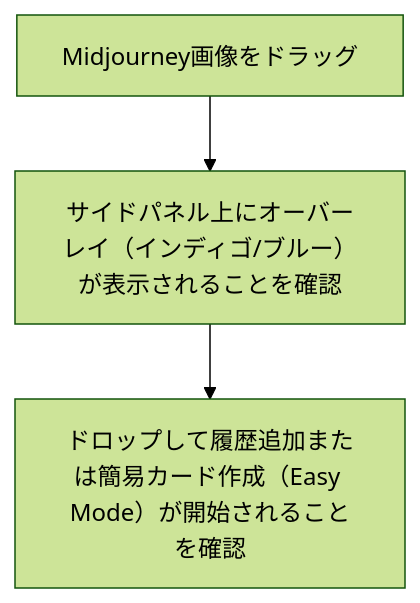
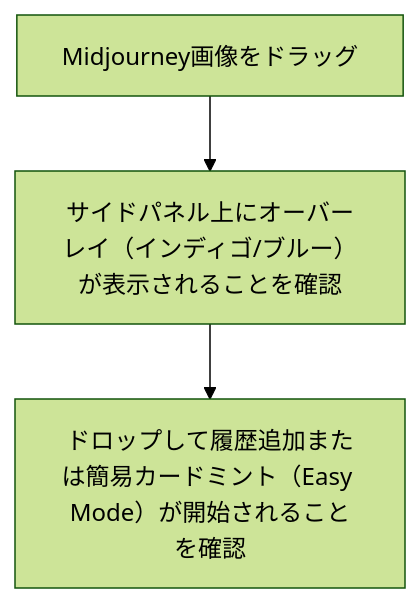
Before and after one commit to tmaeda11235/style-atelier: diagram 25 of 46 in memory-bank/userJourneys.md, drawn with Mermaid (forest theme). The commit also changed other lines of this file and 4 other files, not shown here.

````diff
--- a/memory-bank/userJourneys.md
+++ b/memory-bank/userJourneys.md
@@ -456,8 +467,8 @@
 ```mermaid
 flowchart TD
   S1["Midjourney画像をドラッグ"]
   S2["サイドパネル上にオーバーレイ（インディゴ/ブルー）が表示されることを確認"]
   S1 --> S2
-  S3["ドロップして履歴追加または簡易カード作成（Easy Mode）が開始されることを確認"]
+  S3["ドロップして履歴追加または簡易カードミント（Easy Mode）が開始されることを確認"]
   S2 --> S3
 ```
````
